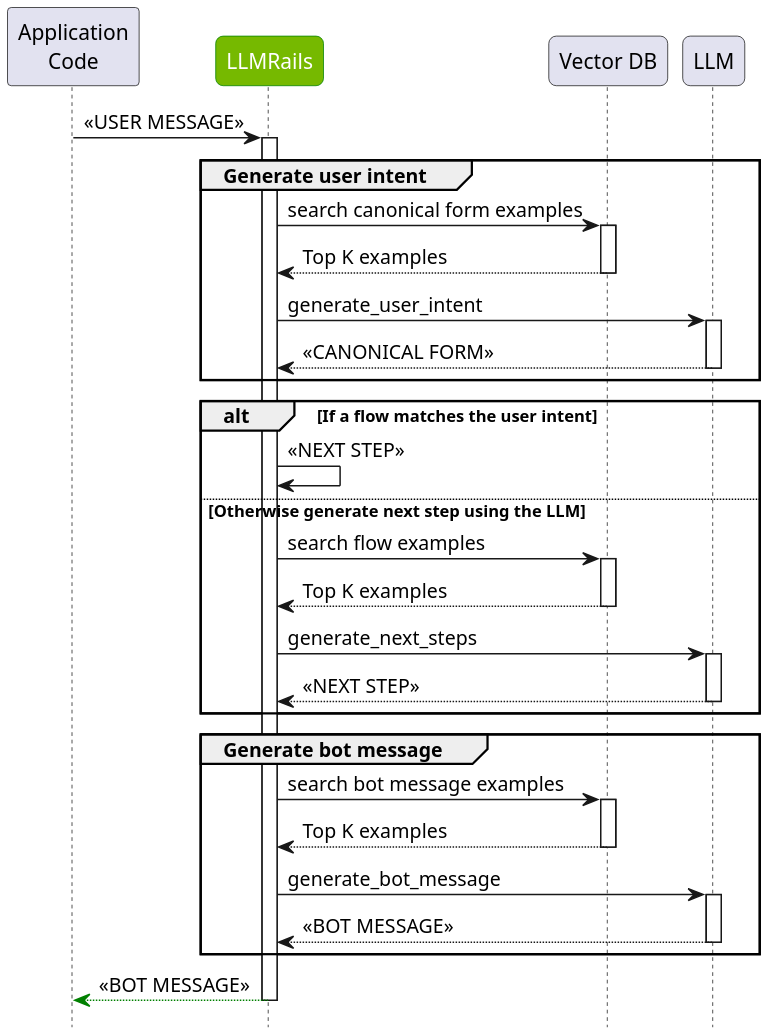
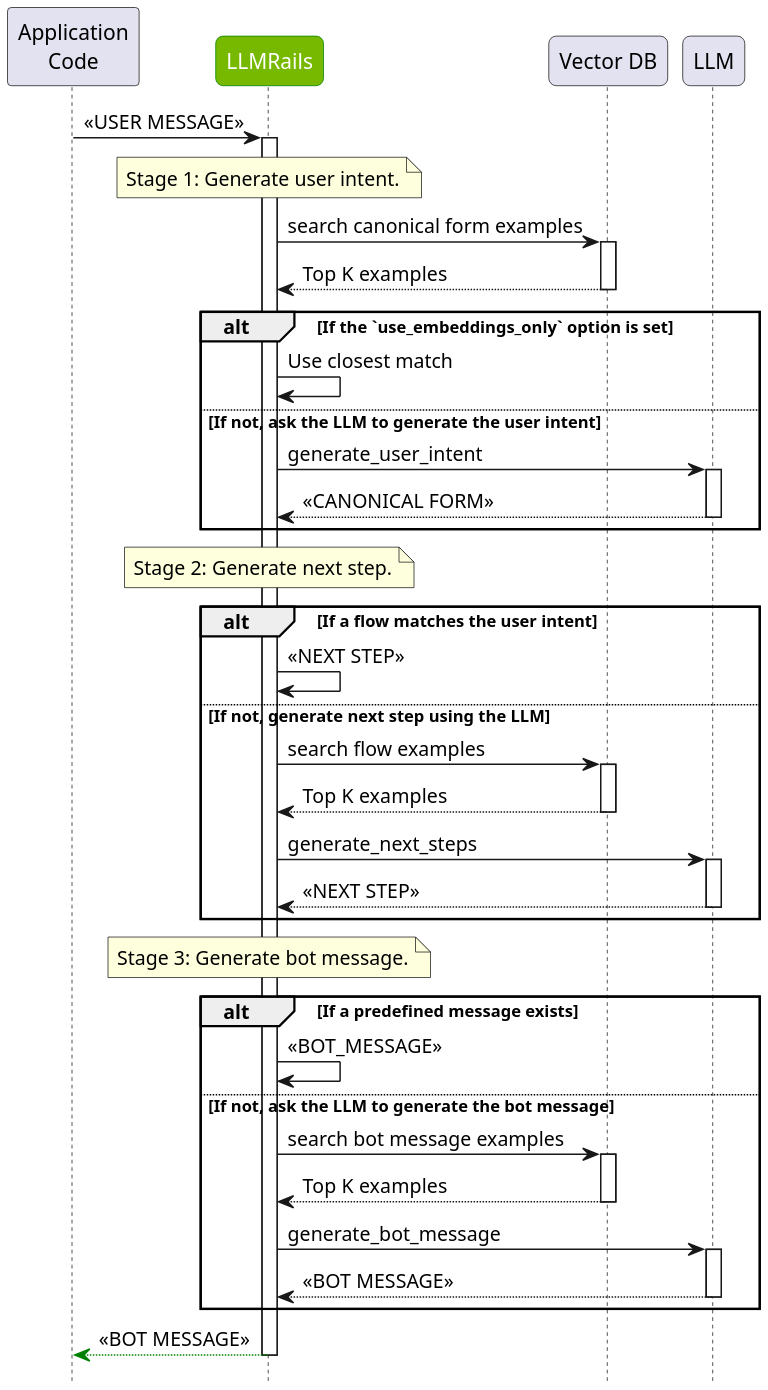
Before and after one commit to NVIDIA/NeMo-Guardrails: the diagram in docs/_assets/puml/dialog_rails_flow.puml, drawn with PlantUML. The commit also changed 38 other files, not shown here.

```diff
--- a/docs/_assets/puml/dialog_rails_flow.puml
+++ b/docs/_assets/puml/dialog_rails_flow.puml
@@ -1,66 +1,76 @@
 @startuml
 participant "Application\nCode" as A
 
 skinparam Participant {
   RoundCorner 10
 
   BackgroundColor<<LLMRails >> 76b900
   FontColor<<LLMRails>> white
   BorderColor<<LLMRails>> green
 }
 
 
 participant LLMRails <<LLMRails>>
 participant "Vector DB" as V
 
 
 A->LLMRails: <<USER MESSAGE>>
 activate LLMRails
 
-group Generate user intent
+note over LLMRails: Stage 1: Generate user intent.
 
-LLMRails->V: search canonical form examples
-activate V
-return Top K examples
+  LLMRails->V: search canonical form examples
+  activate V
+  return Top K examples
 
-LLMRails->LLM: generate_user_intent
-activate LLM
-return <<CANONICAL FORM>>
-end
+  alt If the `use_embeddings_only` option is set
+
+  LLMRails->LLMRails: Use closest match
+
+  else If not, ask the LLM to generate the user intent
+  LLMRails->LLM: generate_user_intent
+  activate LLM
+  return <<CANONICAL FORM>>
+
+  end
+
+note over LLMRails: Stage 2: Generate next step.
 
 alt If a flow matches the user intent
 
 LLMRails->LLMRails: <<NEXT STEP>>
 
-else Otherwise generate next step using the LLM
+else If not, generate next step using the LLM
 
 LLMRails->V: search flow examples
 activate V
 return Top K examples
 
 LLMRails->LLM: generate_next_steps
 activate LLM
 return <<NEXT STEP>>
 end
 
+note over LLMRails: Stage 3: Generate bot message.
 
+  alt If a predefined message exists
+    LLMRails->LLMRails: <<BOT_MESSAGE>>
 
-group Generate bot message
+  else If not, ask the LLM to generate the bot message
+    LLMRails->V: search bot message examples
+    activate V
+    return Top K examples
 
-LLMRails->V: search bot message examples
-activate V
-return Top K examples
+    LLMRails->LLM: generate_bot_message
+    activate LLM
+    return <<BOT MESSAGE>>
+  end
 
-LLMRails->LLM: generate_bot_message
-activate LLM
-return <<BOT MESSAGE>>
-
-end
 
 return #green <<BOT MESSAGE>>
 
 participant LLM
 hide footbox
 hide stereotype
 scale 2
 @enduml
```
